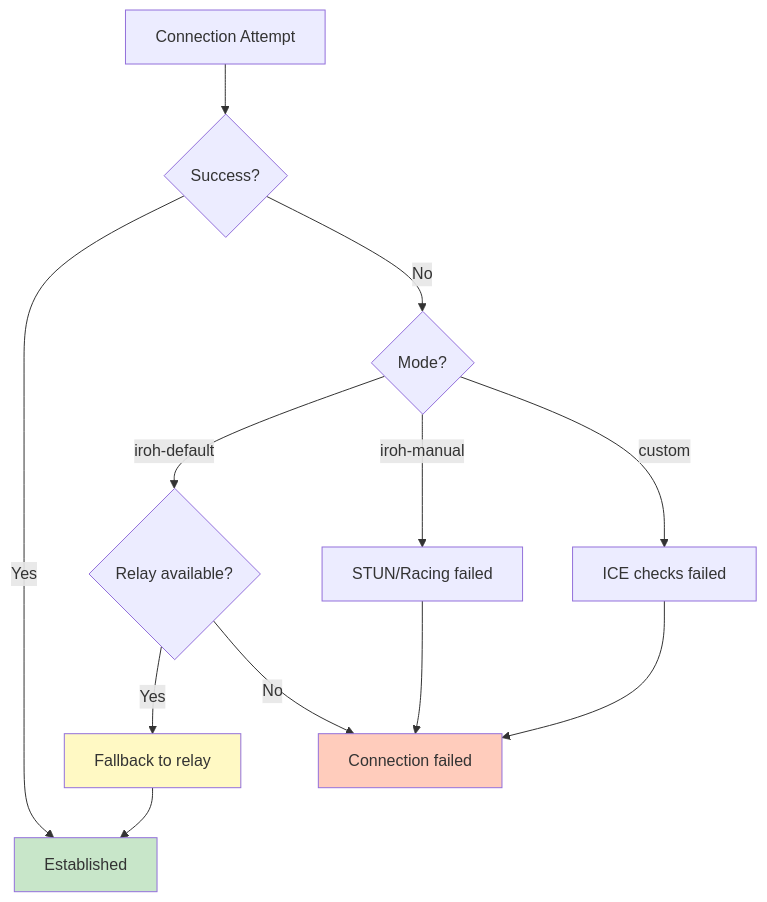
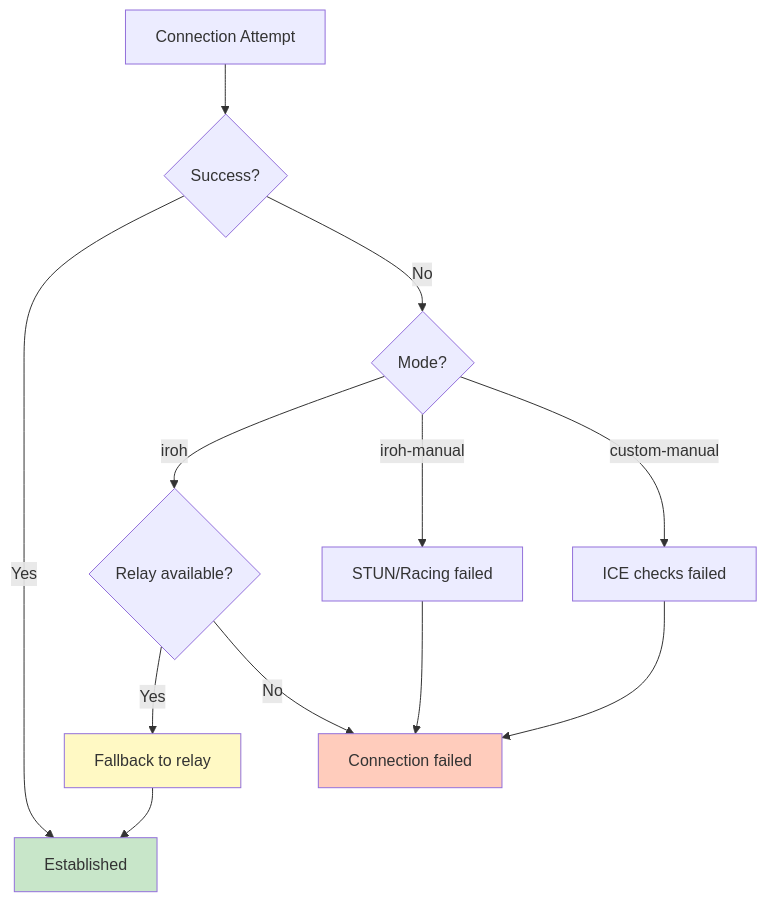
Before and after one commit to andrewtheguy/vpn-rs: diagram 37 of 38 in docs/ARCHITECTURE.md, drawn with Mermaid. The commit also changed other lines of this file and 5 other files, not shown here.

````diff
--- a/docs/ARCHITECTURE.md
+++ b/docs/ARCHITECTURE.md
@@ -1540,21 +1540,21 @@
 ```mermaid
 graph TB
     A[Connection Attempt] --> B{Success?}
     B -->|Yes| C[Established]
     B -->|No| D{Mode?}
     
-    D -->|iroh-default| E{Relay available?}
+    D -->|iroh| E{Relay available?}
     E -->|Yes| F[Fallback to relay]
     E -->|No| G[Connection failed]
     
     D -->|iroh-manual| H[STUN/Racing failed]
-    D -->|custom| I[ICE checks failed]
+    D -->|custom-manual| I[ICE checks failed]
     
     F --> C
     H --> G
     I --> G
     
     style C fill:#C8E6C9
     style F fill:#FFF9C4
     style G fill:#FFCCBC
 ```
````
